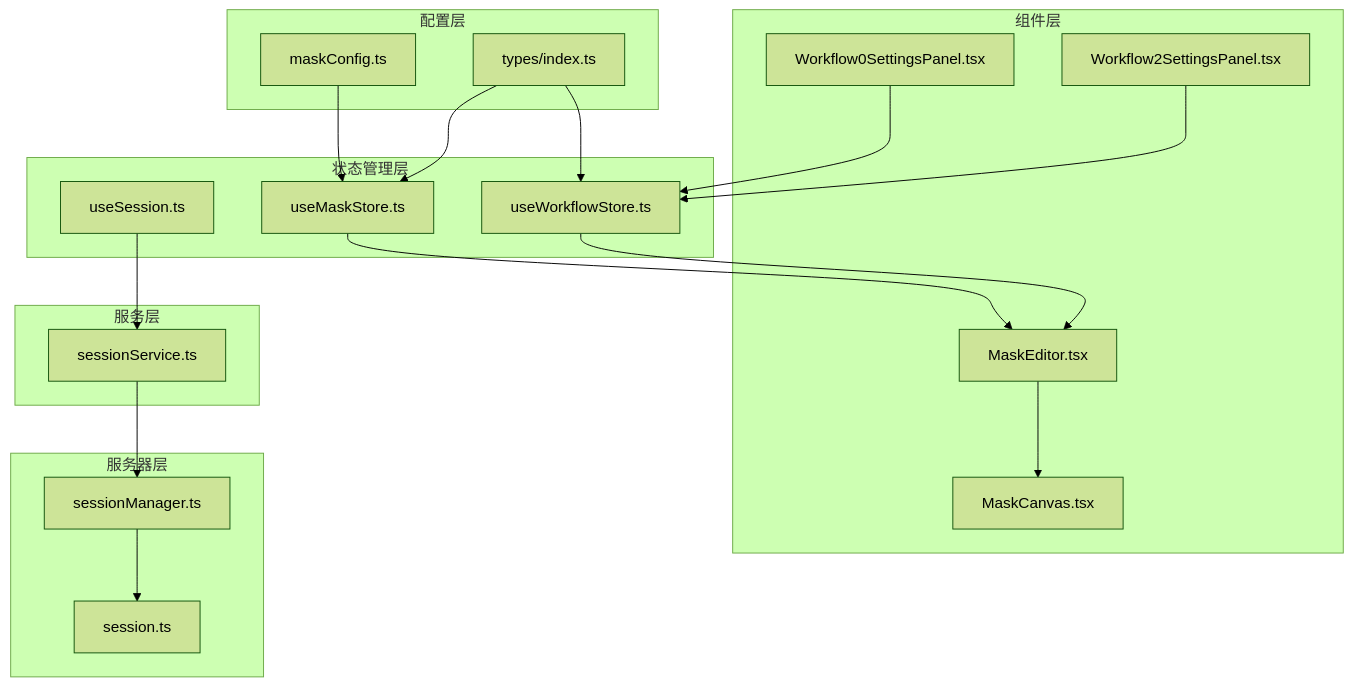
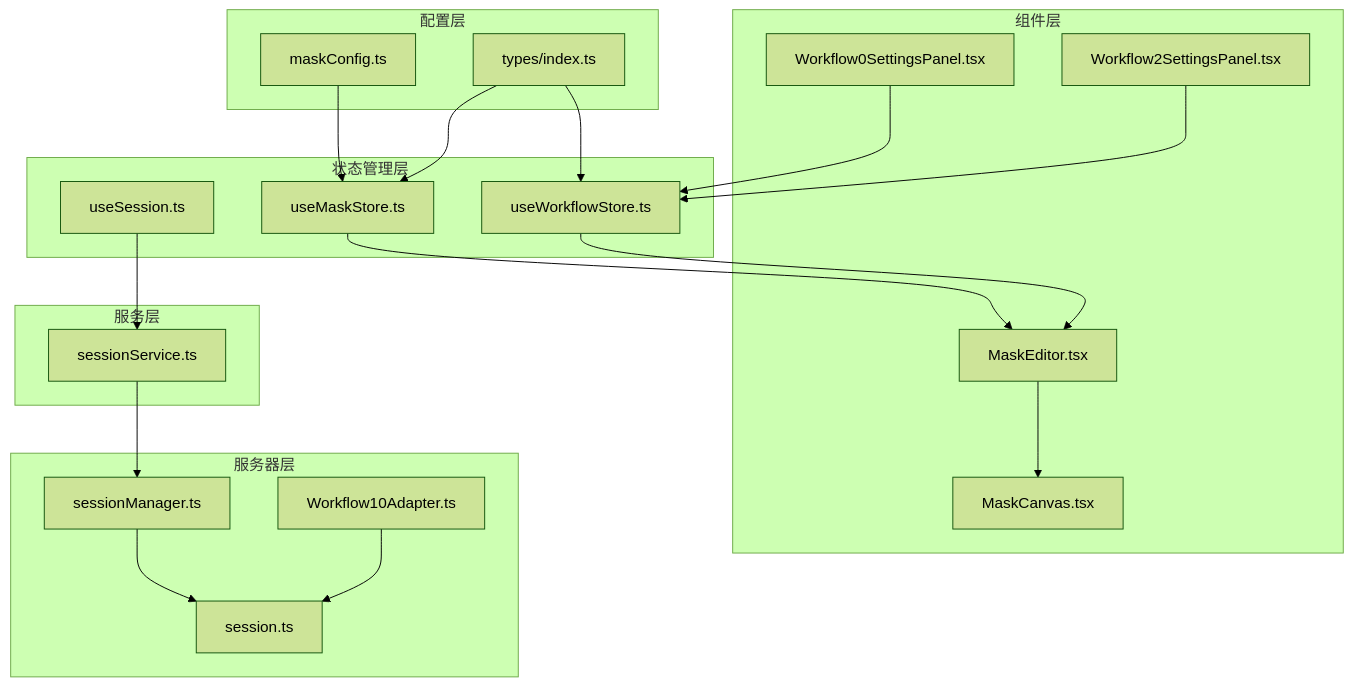
The ninth of 12 diagrams in .qoder/repowiki/zh/content/用户界面组件/专业功能组件/蒙版编辑系统/蒙版配置管理系统.md (billye220670/CorineKit_Pix2Real), drawn with Mermaid (forest theme) before and after one commit. The commit also changed other lines of this file and 21 other files, not shown here.

````diff
--- a/.qoder/repowiki/zh/content/用户界面组件/专业功能组件/蒙版编辑系统/蒙版配置管理系统.md
+++ b/.qoder/repowiki/zh/content/用户界面组件/专业功能组件/蒙版编辑系统/蒙版配置管理系统.md
@@ -383,36 +414,38 @@
 ```mermaid
 graph TD
 subgraph "配置层"
 A[maskConfig.ts]
 B[types/index.ts]
 end
 subgraph "状态管理层"
 C[useMaskStore.ts]
 D[useWorkflowStore.ts]
 E[useSession.ts]
 end
 subgraph "组件层"
 F[MaskEditor.tsx]
 G[MaskCanvas.tsx]
 H[Workflow0SettingsPanel.tsx]
 I[Workflow2SettingsPanel.tsx]
 end
 subgraph "服务层"
 J[sessionService.ts]
 end
 subgraph "服务器层"
 K[sessionManager.ts]
 L[session.ts]
+M[Workflow10Adapter.ts]
 end
 A --> C
 B --> C
 B --> D
 C --> F
 D --> F
 E --> J
 F --> G
 J --> K
 K --> L
 H --> D
 I --> D
+M --> L
 ```
````
